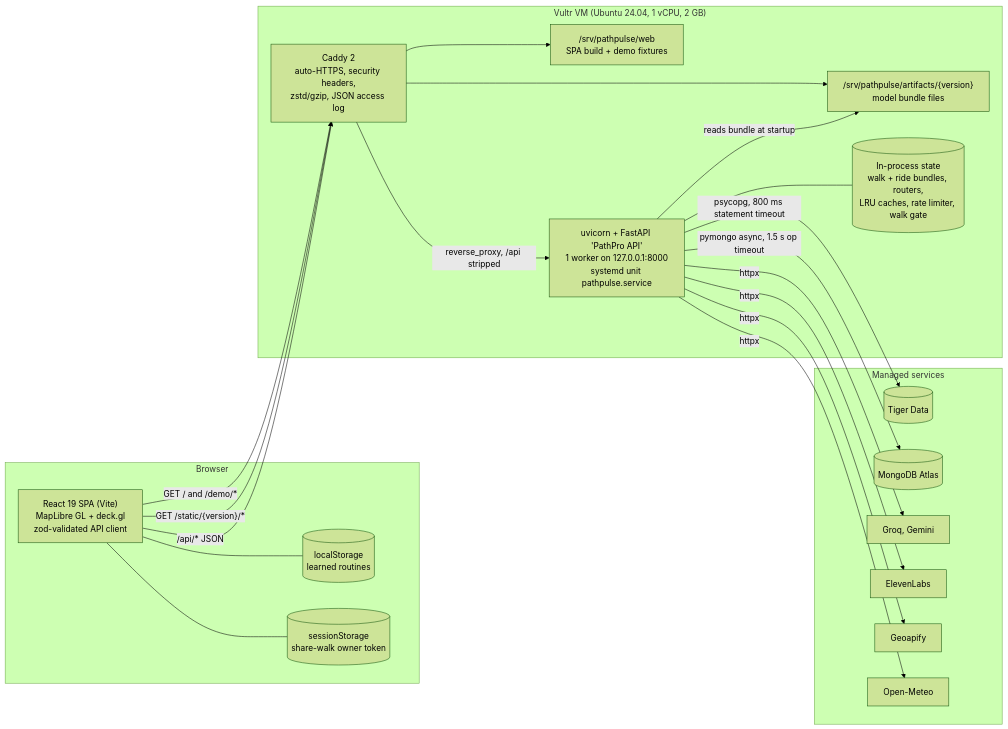
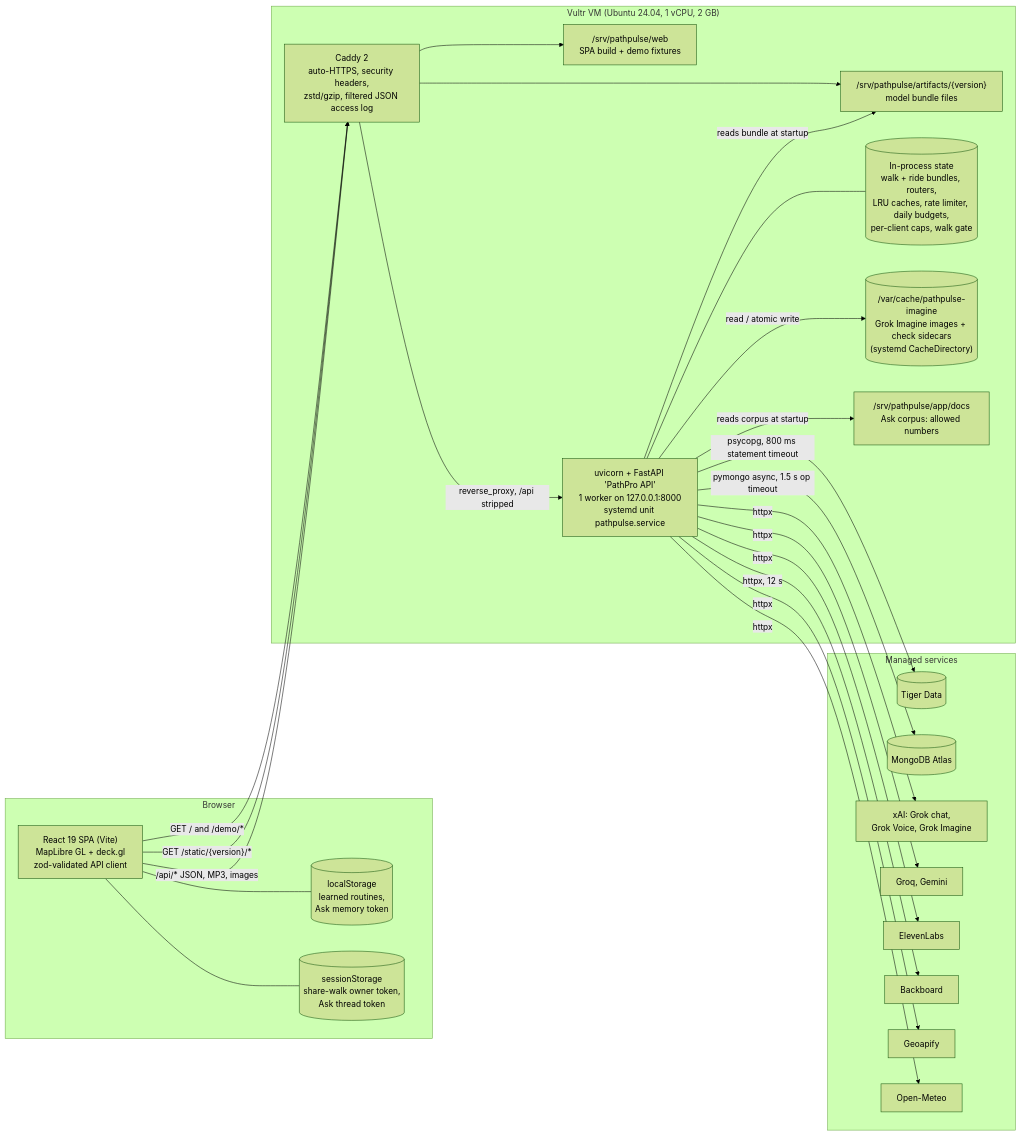
The second of 11 diagrams in docs/technical/architecture.md (ShaikNagurShareef/HackGT13), drawn with Mermaid (forest theme) before and after one commit. The commit also changed other lines of this file and 7 other files, not shown here.

Commit message:
docs: technical docs match main: Grok-first explanations, Grok Voice and navigation alert clips, Grok Imagine with Gemini check, Ask PathPro on Backboard with opt-in memory; new endpoints, env vars, runbook, security, test counts; solo build; PDF re-rendered

````diff
--- a/docs/technical/architecture.md
+++ b/docs/technical/architecture.md
@@ -82,39 +89,47 @@
 ```mermaid
 flowchart LR
   subgraph browser["Browser"]
     spa["React 19 SPA (Vite)<br/>MapLibre GL + deck.gl<br/>zod-validated API client"]
-    local[("localStorage<br/>learned routines")]
-    session[("sessionStorage<br/>share-walk owner token")]
+    local[("localStorage<br/>learned routines,<br/>Ask memory token")]
+    session[("sessionStorage<br/>share-walk owner token,<br/>Ask thread token")]
   end
   subgraph vm["Vultr VM (Ubuntu 24.04, 1 vCPU, 2 GB)"]
-    caddy["Caddy 2<br/>auto-HTTPS, security headers,<br/>zstd/gzip, JSON access log"]
+    caddy["Caddy 2<br/>auto-HTTPS, security headers,<br/>zstd/gzip, filtered JSON access log"]
     web["/srv/pathpulse/web<br/>SPA build + demo fixtures"]
     art["/srv/pathpulse/artifacts/{version}<br/>model bundle files"]
     api["uvicorn + FastAPI 'PathPro API'<br/>1 worker on 127.0.0.1:8000<br/>systemd unit pathpulse.service"]
-    mem[("In-process state<br/>walk + ride bundles, routers,<br/>LRU caches, rate limiter, walk gate")]
+    mem[("In-process state<br/>walk + ride bundles, routers,<br/>LRU caches, rate limiter, daily budgets,<br/>per-client caps, walk gate")]
+    imgcache[("/var/cache/pathpulse-imagine<br/>Grok Imagine images + check sidecars<br/>(systemd CacheDirectory)")]
+    docs["/srv/pathpulse/app/docs<br/>Ask corpus: allowed numbers"]
   end
   subgraph saas["Managed services"]
     tiger[("Tiger Data")]
     mongo[("MongoDB Atlas")]
+    xai["xAI: Grok chat,<br/>Grok Voice, Grok Imagine"]
     llm["Groq, Gemini"]
     tts["ElevenLabs"]
+    bb["Backboard"]
     geo["Geoapify"]
     wx["Open-Meteo"]
   end
   spa -->|"GET / and /demo/*"| caddy
   spa -->|"GET /static/{version}/*"| caddy
-  spa -->|"/api/* JSON"| caddy
+  spa -->|"/api/* JSON, MP3, images"| caddy
   caddy --> web
   caddy --> art
   caddy -->|"reverse_proxy, /api stripped"| api
   api --- mem
   api -->|reads bundle at startup| art
+  api -->|"reads corpus at startup"| docs
+  api -->|"read / atomic write"| imgcache
   api -->|"psycopg, 800 ms statement timeout"| tiger
   api -->|"pymongo async, 1.5 s op timeout"| mongo
+  api -->|httpx| xai
   api -->|httpx| llm
   api -->|httpx| tts
+  api -->|"httpx, 12 s"| bb
   api -->|httpx| geo
   api -->|httpx| wx
   spa --- local
   spa --- session
 ```
````
